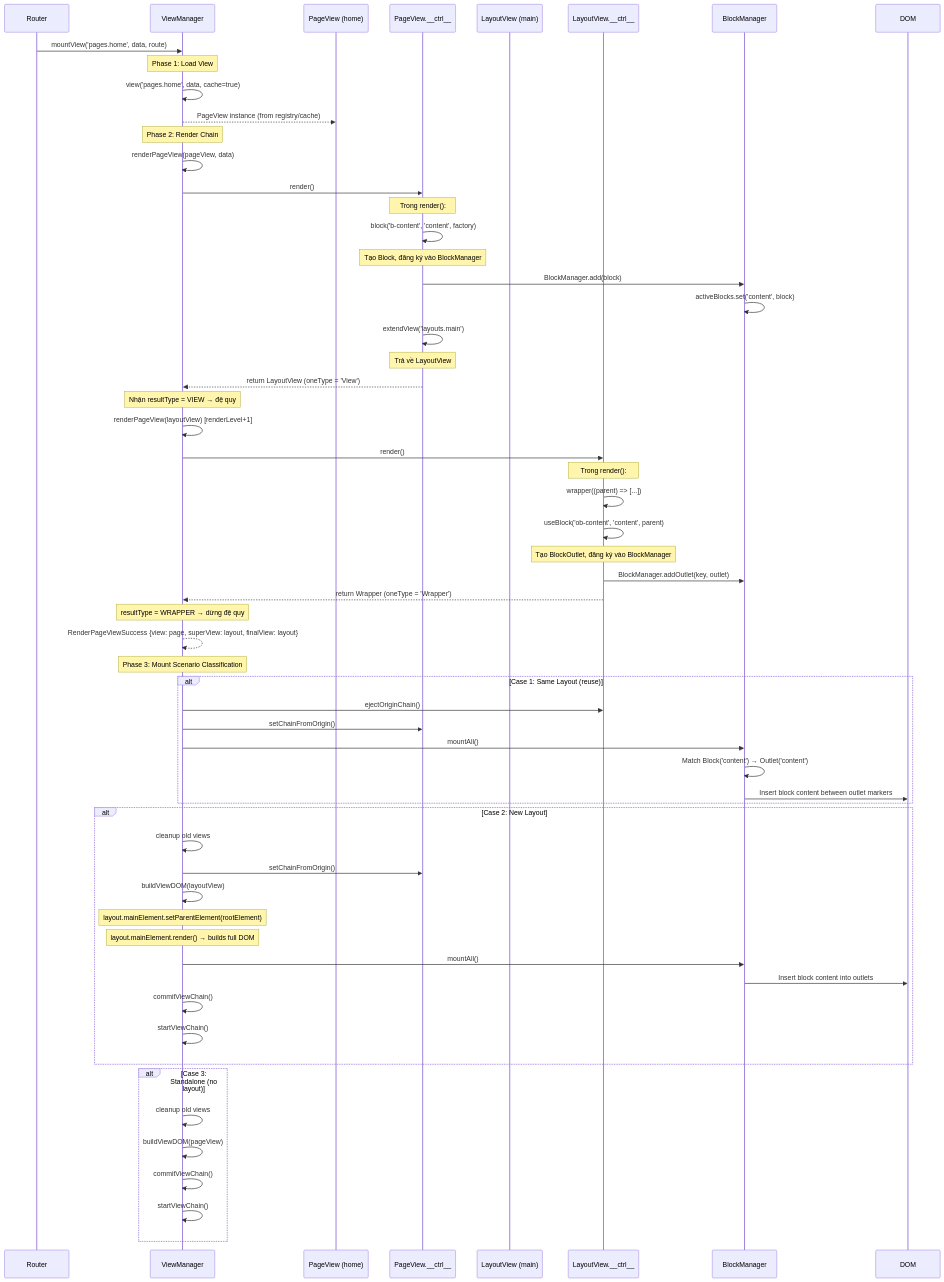
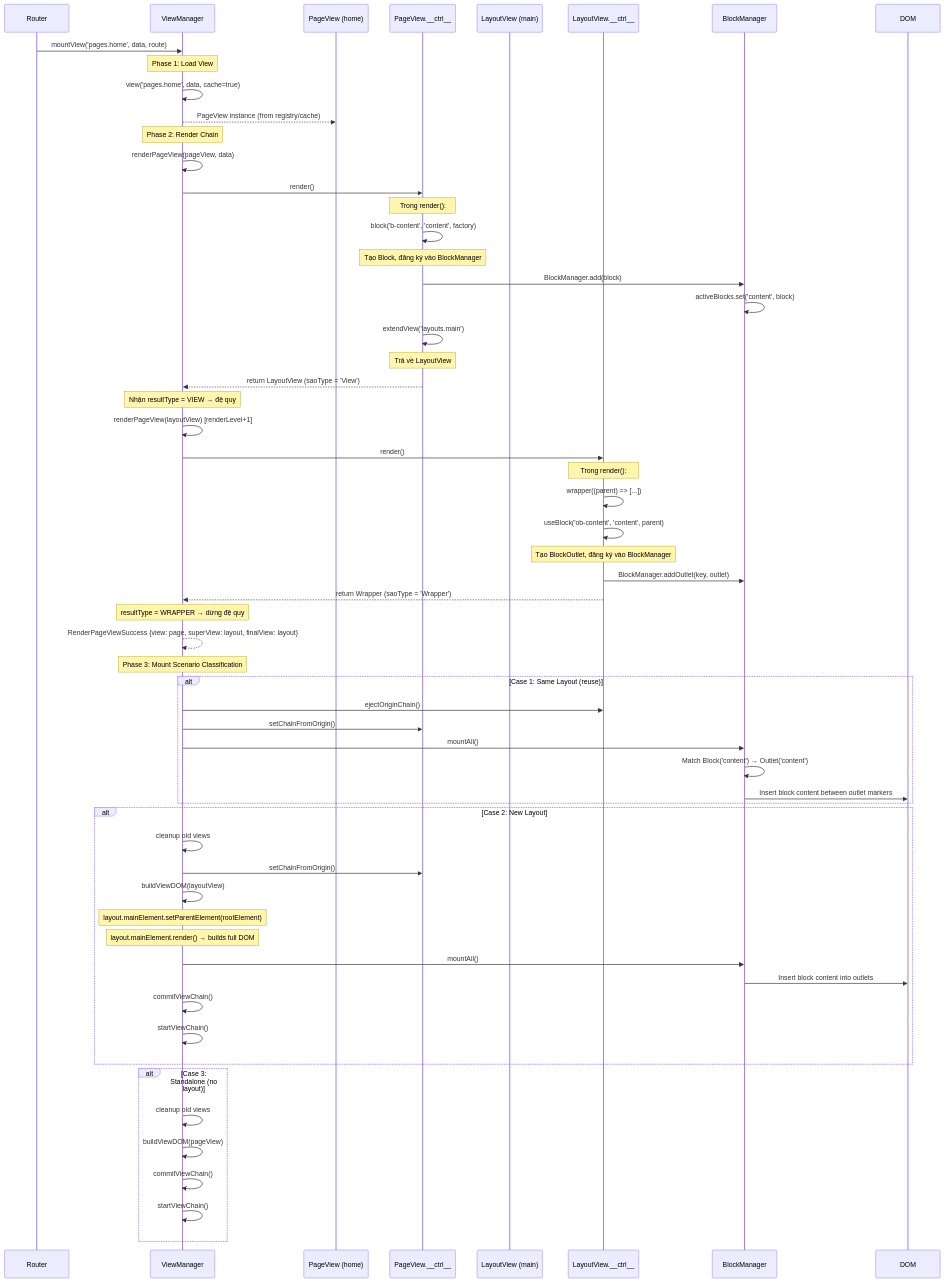
One commit to saolabs/client changed the second of 3 diagrams in docs/saola_view_architecture.md. Above: the diagram before and after it, drawn with Mermaid. The commit also changed 101 other files, not shown here.

Commit message:
refactor: rename core framework types and elements from One to Sao nomenclature

````diff
--- a/docs/saola_view_architecture.md
+++ b/docs/saola_view_architecture.md
@@ -168,74 +168,74 @@
 ```mermaid
 sequenceDiagram
     participant Router
     participant VM as ViewManager
     participant PV as PageView (home)
     participant PC as PageView.__ctrl__
     participant LV as LayoutView (main)
     participant LC as LayoutView.__ctrl__
     participant BM as BlockManager
     participant DOM
 
     Router->>VM: mountView('pages.home', data, route)
     
     Note over VM: Phase 1: Load View
     VM->>VM: view('pages.home', data, cache=true)
     VM-->>PV: PageView instance (from registry/cache)
     
     Note over VM: Phase 2: Render Chain
     VM->>VM: renderPageView(pageView, data)
     VM->>PC: render()
     
     Note over PC: Trong render():
     PC->>PC: block('b-content', 'content', factory)
     Note over PC: Tạo Block, đăng ký vào BlockManager
     PC->>BM: BlockManager.add(block)
     BM->>BM: activeBlocks.set('content', block)
     
     PC->>PC: extendView('layouts.main')
     Note over PC: Trả về LayoutView
-    PC-->>VM: return LayoutView (oneType = 'View')
+    PC-->>VM: return LayoutView (saoType = 'View')
     
     Note over VM: Nhận resultType = VIEW → đệ quy
     VM->>VM: renderPageView(layoutView) [renderLevel+1]
     VM->>LC: render()
     
     Note over LC: Trong render():
     LC->>LC: wrapper((parent) => [...])
     LC->>LC: useBlock('ob-content', 'content', parent)
     Note over LC: Tạo BlockOutlet, đăng ký vào BlockManager
     LC->>BM: BlockManager.addOutlet(key, outlet)
-    LC-->>VM: return Wrapper (oneType = 'Wrapper')
+    LC-->>VM: return Wrapper (saoType = 'Wrapper')
     
     Note over VM: resultType = WRAPPER → dừng đệ quy
     VM-->>VM: RenderPageViewSuccess {view: page, superView: layout, finalView: layout}
     
     Note over VM: Phase 3: Mount Scenario Classification
     
     alt Case 1: Same Layout (reuse)
         VM->>LC: ejectOriginChain()
         VM->>PC: setChainFromOrigin()
         VM->>BM: mountAll()
         BM->>BM: Match Block('content') → Outlet('content')
         BM->>DOM: Insert block content between outlet markers
     end
     
     alt Case 2: New Layout
         VM->>VM: cleanup old views
         VM->>PC: setChainFromOrigin()
         VM->>VM: buildViewDOM(layoutView)
         Note over VM: layout.mainElement.setParentElement(rootElement)
         Note over VM: layout.mainElement.render() → builds full DOM
         VM->>BM: mountAll()
         BM->>DOM: Insert block content into outlets
         VM->>VM: commitViewChain()
         VM->>VM: startViewChain()
     end
     
     alt Case 3: Standalone (no layout)
         VM->>VM: cleanup old views
         VM->>VM: buildViewDOM(pageView)
         VM->>VM: commitViewChain()
         VM->>VM: startViewChain()
     end
 ```
````
